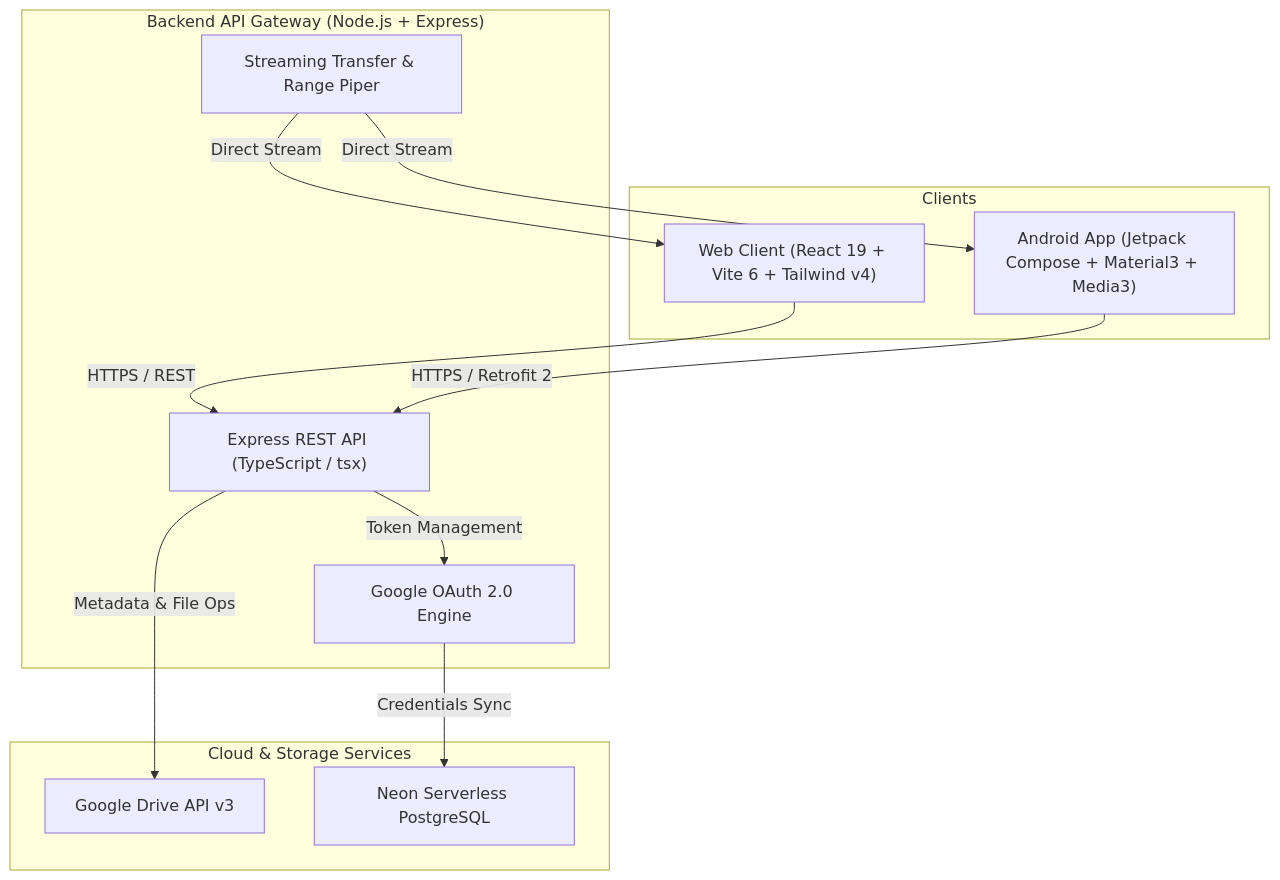
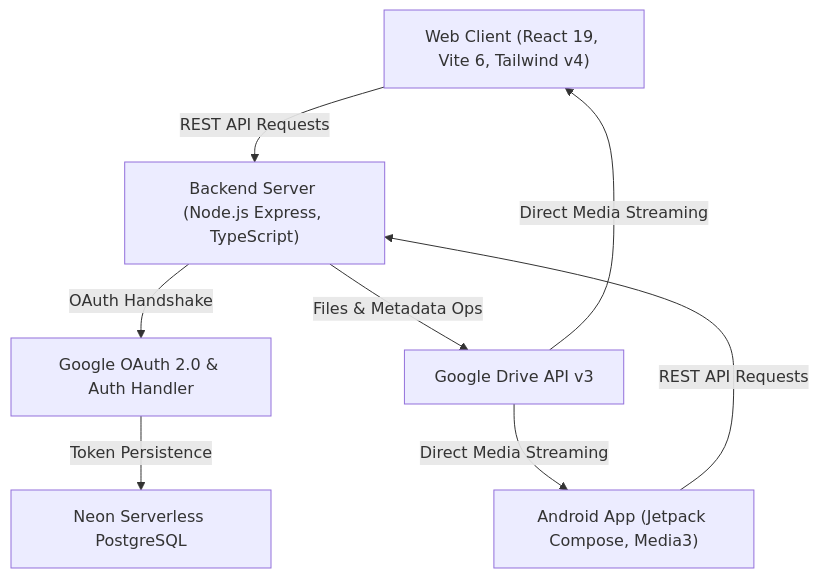
One commit to Rupam852/G-Drive-Vault changed the diagram in README.md. Above: the diagram before and after it, drawn with Mermaid.

Commit message:
docs: fix mermaid flowchart syntax in README.md for GitHub rich display

````diff
--- a/README.md
+++ b/README.md
@@ -66,26 +66,17 @@
 ```mermaid
-graph TD
-    subgraph Clients
-        Web["Web Client (React 19 + Vite 6 + Tailwind v4)"]
-        Mobile["Android App (Jetpack Compose + Material3 + Media3)"]
-    end
+flowchart TD
+    Web["Web Client (React 19, Vite 6, Tailwind v4)"]
+    Mobile["Android App (Jetpack Compose, Media3)"]
+    Server["Backend Server (Node.js Express, TypeScript)"]
+    Auth["Google OAuth 2.0 & Auth Handler"]
+    Drive["Google Drive API v3"]
+    DB["Neon Serverless PostgreSQL"]
 
-    subgraph BackendGateway ["Backend API Gateway (Node.js + Express)"]
-        API["Express REST API (TypeScript / tsx)"]
-        Auth["Google OAuth 2.0 Engine"]
-        StreamEngine["Streaming Transfer & Range Piper"]
-    end
-
-    subgraph ExternalServices ["Cloud & Storage Services"]
-        DriveAPI["Google Drive API v3"]
-        DB["Neon Serverless PostgreSQL"]
-    end
-
-    Web -->|HTTPS / REST| API
-    Mobile -->|HTTPS / Retrofit 2| API
-    API -->|Token Management| Auth
-    Auth -->|Credentials Sync| DB
-    API -->|Metadata & File Ops| DriveAPI
-    StreamEngine -->|Direct Stream| Web
-    StreamEngine -->|Direct Stream| Mobile
+    Web -->|REST API Requests| Server
+    Mobile -->|REST API Requests| Server
+    Server -->|OAuth Handshake| Auth
+    Auth -->|Token Persistence| DB
+    Server -->|Files & Metadata Ops| Drive
+    Drive -->|Direct Media Streaming| Web
+    Drive -->|Direct Media Streaming| Mobile
 ```
````
